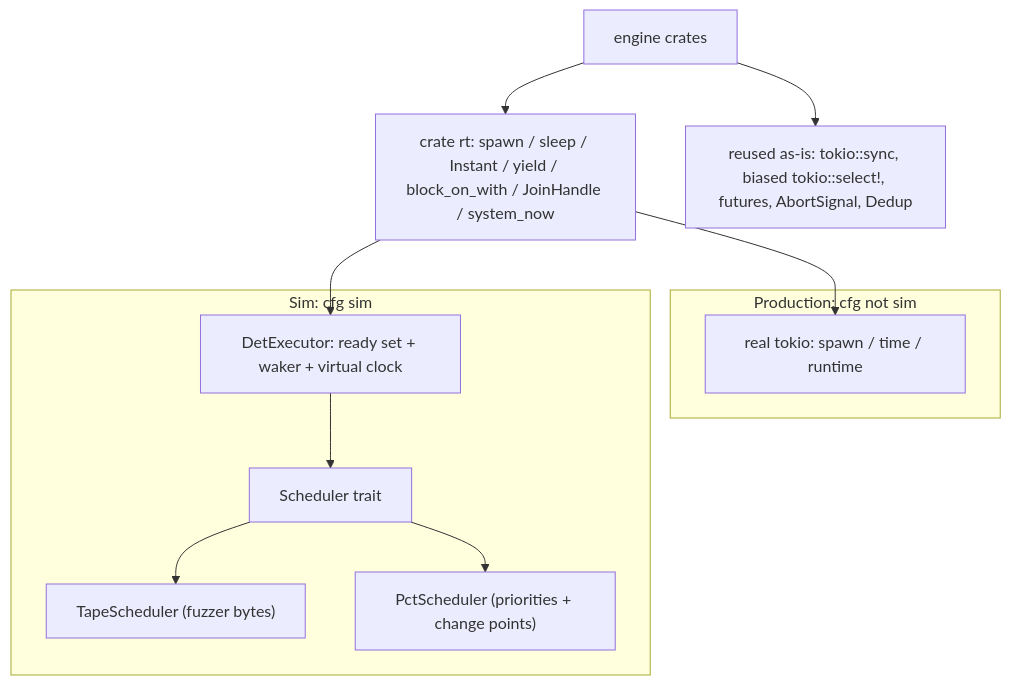
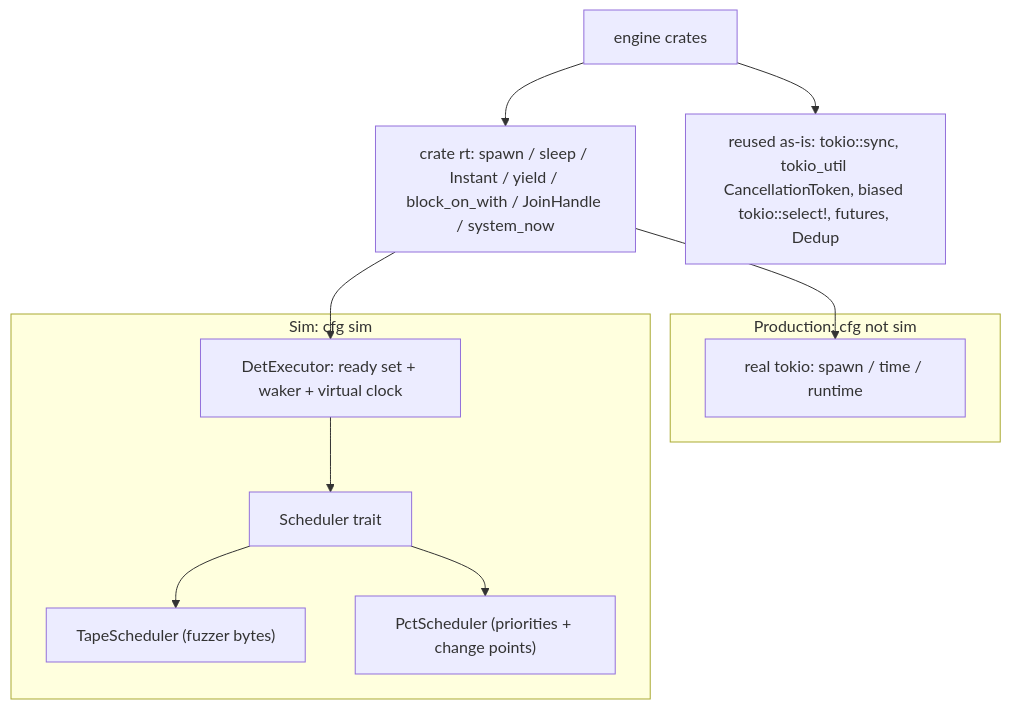
Before and after one commit to mbrt/glassdb-rs: the diagram in docs/adr/011-guided-interleaving-executor.md, drawn with Mermaid. The commit also changed other lines of this file and 81 other files, not shown here.

Commit message:
Move to tokio_util::CancellaionToken

````diff
--- a/docs/adr/011-guided-interleaving-executor.md
+++ b/docs/adr/011-guided-interleaving-executor.md
@@ -69,21 +69,21 @@
 ```mermaid
 flowchart TD
   subgraph prod [Production: cfg not sim]
     realtokio["real tokio: spawn / time / runtime"]
   end
   subgraph sim [Sim: cfg sim]
     exec["DetExecutor: ready set + waker + virtual clock"]
     sched["Scheduler trait"]
     tape["TapeScheduler (fuzzer bytes)"]
     pct["PctScheduler (priorities + change points)"]
     sched --> tape
     sched --> pct
     exec --> sched
   end
   rt["crate rt: spawn / sleep / Instant / yield / block_on_with / JoinHandle / system_now"]
   rt --> realtokio
   rt --> exec
-  reuse["reused as-is: tokio::sync, biased tokio::select!, futures, AbortSignal, Dedup"]
+  reuse["reused as-is: tokio::sync, tokio_util CancellationToken, biased tokio::select!, futures, Dedup"]
   engine["engine crates"] --> rt
   engine --> reuse
 ```
````
